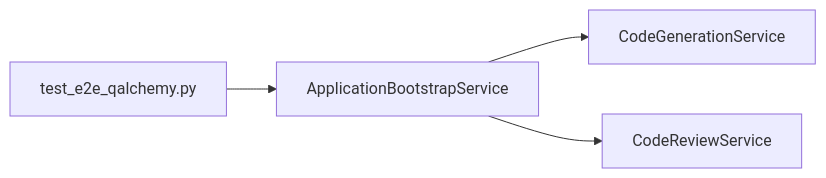
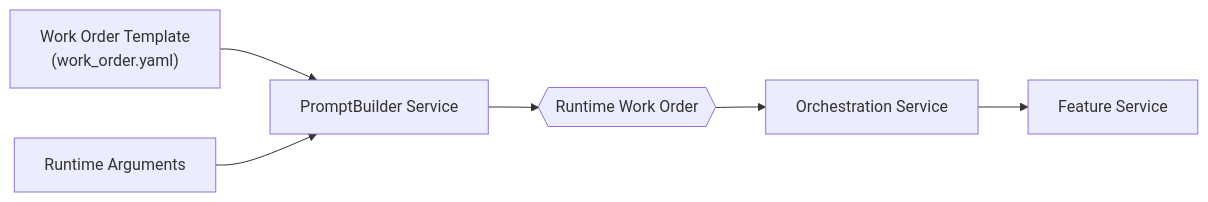
Before and after one commit to ausrgonzale/QAlchemy: the second of 2 diagrams in docs/architecture/QAlchemy_Architecture.md, drawn with Mermaid. The commit also changed other lines of this file and 108 other files, not shown here.

````diff
--- a/docs/architecture/QAlchemy_Architecture.md
+++ b/docs/architecture/QAlchemy_Architecture.md
@@ -246,17 +67,15 @@
 ```mermaid
 flowchart LR
+    TEMPLATE["Work Order Template\n(work_order.yaml)"]
+    INPUT["Runtime Arguments"]
+    PB["PromptBuilder Service"]
+    WO{{Runtime Work Order}}
+    ORCH["Orchestration Service"]
+    FEATURE["Feature Service"]
 
-    Test["test_e2e_qalchemy.py"]
-
-    Bootstrap["ApplicationBootstrapService"]
-
-    Generation["CodeGenerationService"]
-
-    Review["CodeReviewService"]
-
-    Test --> Bootstrap
-
-    Bootstrap --> Generation
-
-    Bootstrap --> Review
+    TEMPLATE --> PB
+    INPUT --> PB
+    PB --> WO
+    WO --> ORCH
+    ORCH --> FEATURE
 ```
````
